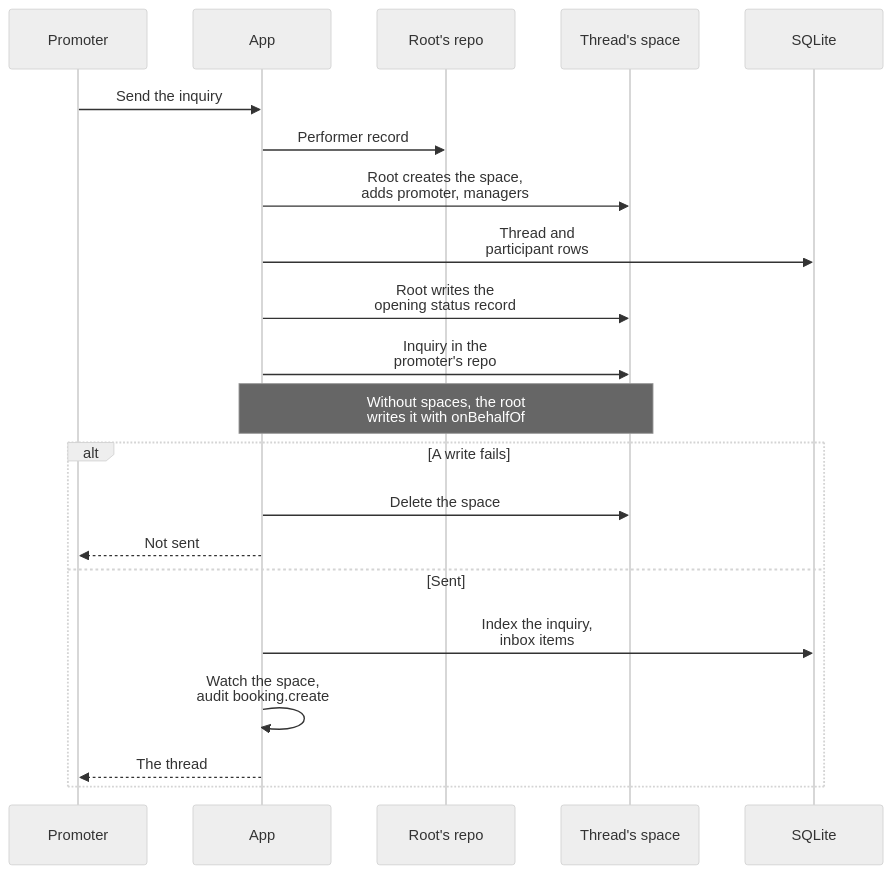
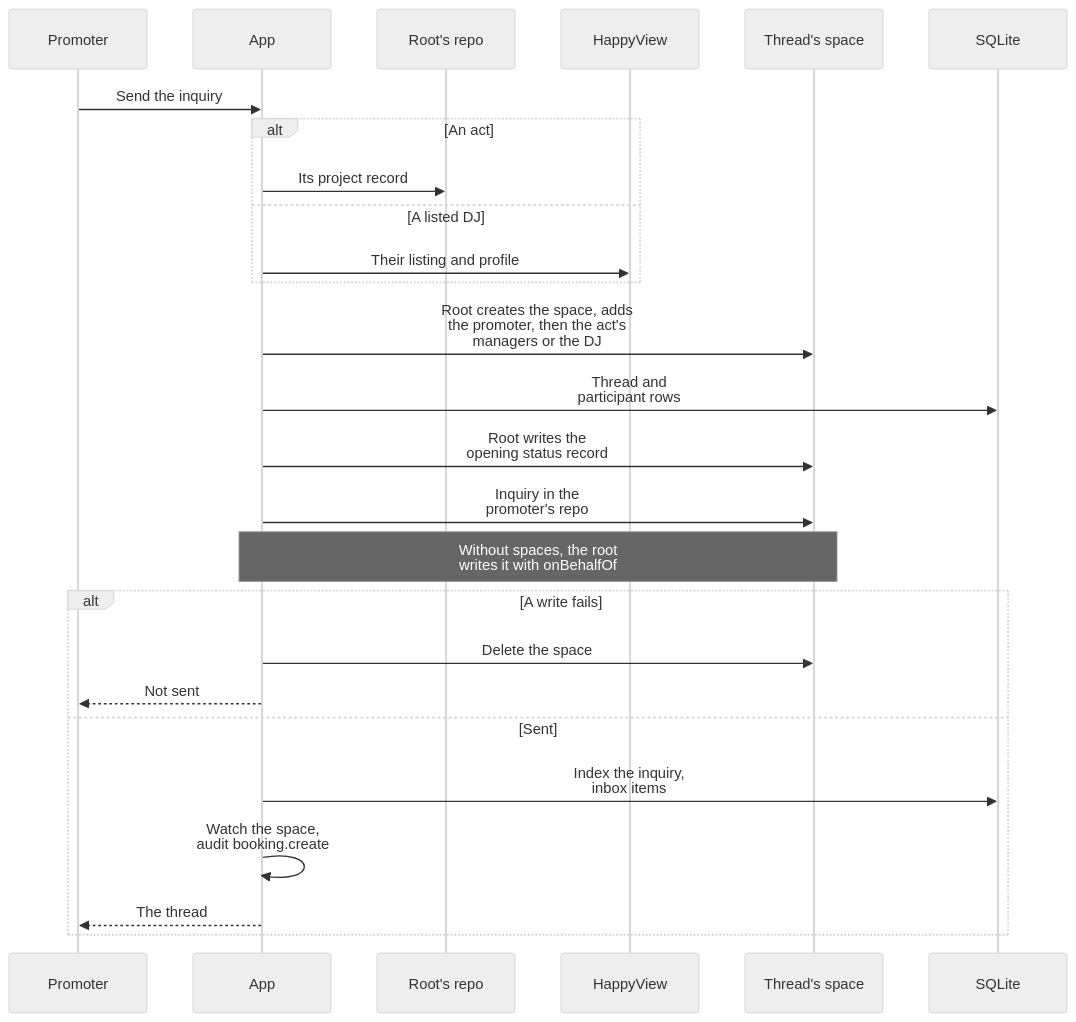
The seventh of 9 diagrams in apps/web/docs/diagrams/profiles-and-bookings.md (cutenode/localnetwork), drawn with Mermaid (neutral theme) before and after one commit. The commit also changed other lines of this file and 28 other files, not shown here.

First line of the commit message:
feat(web): let promoters send an inquiry to a listed DJ from their profile

````diff
--- a/apps/web/docs/diagrams/profiles-and-bookings.md
+++ b/apps/web/docs/diagrams/profiles-and-bookings.md
@@ -147,23 +148,28 @@
 ```mermaid
 sequenceDiagram
   participant B as Promoter
   participant A as App
   participant R as Root's repo
+  participant H as HappyView
   participant S as Thread's space
   participant D as SQLite
   B->>A: Send the inquiry
-  A->>R: Performer record
-  A->>S: Root creates the space,<br/>adds promoter, managers
+  alt An act
+    A->>R: Its project record
+  else A listed DJ
+    A->>H: Their listing and profile
+  end
+  A->>S: Root creates the space, adds<br/>the promoter, then the act's<br/>managers or the DJ
   A->>D: Thread and<br/>participant rows
   A->>S: Root writes the<br/>opening status record
   A->>S: Inquiry in the<br/>promoter's repo
   Note over A,S: Without spaces, the root<br/>writes it with onBehalfOf
   alt A write fails
     A->>S: Delete the space
     A-->>B: Not sent
   else Sent
     A->>D: Index the inquiry,<br/>inbox items
     A->>A: Watch the space,<br/>audit booking.create
     A-->>B: The thread
   end
 ```
````
